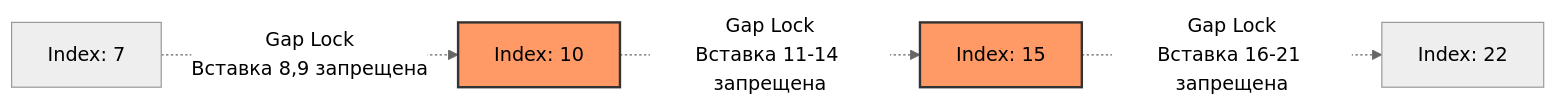
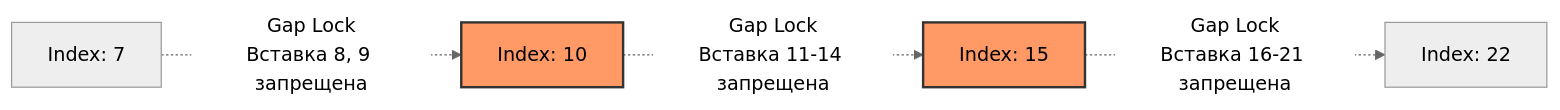
Before and after one commit to UnrealTemplier/go-textbook: the second of 2 diagrams in sources/12. Базы данных/07. MySQL и форки/4. Транзакции в MySQL.md, drawn with Mermaid (neutral theme). The commit also changed other lines of this file, not shown here.

````diff
--- a/sources/12. Базы данных/07. MySQL и форки/4. Транзакции в MySQL.md
+++ b/sources/12. Базы данных/07. MySQL и форки/4. Транзакции в MySQL.md
@@ -56,14 +90,14 @@
 ```mermaid
 flowchart LR
     Node7["Index: 7"]
     Node10["Index: 10"]
     Node15["Index: 15"]
     Node22["Index: 22"]
 
-    Node7 -.->|"Gap Lock<br>Вставка 8,9 запрещена"| Node10
+    Node7 -.->|"Gap Lock<br>Вставка 8, 9 запрещена"| Node10
     Node10 -.->|"Gap Lock<br>Вставка 11-14 запрещена"| Node15
     Node15 -.->|"Gap Lock<br>Вставка 16-21 запрещена"| Node22
     
     style Node10 fill:#f96,stroke:#333,stroke-width:2px
     style Node15 fill:#f96,stroke:#333,stroke-width:2px
 ```
````
